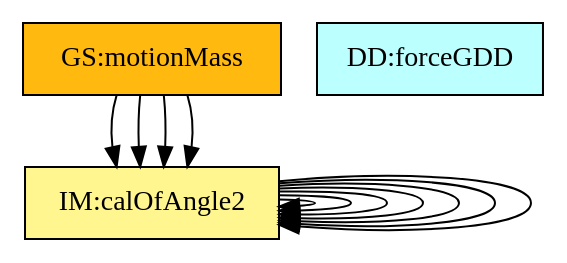
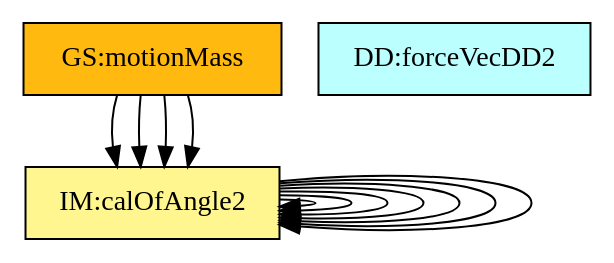
Before and after one commit to JacquesCarette/Drasil: the diagram in code/stable/dblpend/TraceyGraph/allvsall.dot, drawn with Graphviz. The commit also changed 16 other files, not shown here.

```diff
--- a/code/stable/dblpend/TraceyGraph/allvsall.dot
+++ b/code/stable/dblpend/TraceyGraph/allvsall.dot
@@ -1,86 +1,87 @@
 digraph allvsall {
 	theory:angleIM1 -> theory:angleIM2;
 	theory:angleIM2 -> theory:a_mv1;
 	theory:angleIM2 -> theory:a_mv2;
 	theory:angleIM2 -> theory:F_mv1;
 	theory:angleIM2 -> theory:F_mv2;
 	theory:angleIM2 -> theory:angleIM1;
 	theory:angleIM2 -> theory:angleIM2;
 	instance:calcAng -> theory:angleIM1;
 	instance:calcAng -> theory:angleIM2;
 	instance:outputValues -> theory:angleIM1;
 	instance:outputValues -> theory:angleIM2;
 
 
 	instance:twoDMotion	[shape=box, color=black, style=filled, fillcolor=mistyrose, label="A:twoDMotion"];
 	instance:cartSys	[shape=box, color=black, style=filled, fillcolor=mistyrose, label="A:cartSys"];
 	instance:cartSysR	[shape=box, color=black, style=filled, fillcolor=mistyrose, label="A:cartSysR"];
 	instance:yAxisDir	[shape=box, color=black, style=filled, fillcolor=mistyrose, label="A:yAxisDir"];
 
 	subgraph A {
 	rank="same"
 	{instance:twoDMotion, instance:cartSys, instance:cartSysR, instance:yAxisDir}
 	}
 
-	dataDefn:velocity	[shape=box, color=black, style=filled, fillcolor=paleturquoise1, label="DD:velocityGDD"];
-	dataDefn:p_x1	[shape=box, color=black, style=filled, fillcolor=paleturquoise1, label="DD:positionXDD1"];
-	dataDefn:p_y1	[shape=box, color=black, style=filled, fillcolor=paleturquoise1, label="DD:positionYDD1"];
-	dataDefn:p_x2	[shape=box, color=black, style=filled, fillcolor=paleturquoise1, label="DD:positionXDD2"];
-	dataDefn:p_y2	[shape=box, color=black, style=filled, fillcolor=paleturquoise1, label="DD:positionYDD2"];
-	dataDefn:acceleration	[shape=box, color=black, style=filled, fillcolor=paleturquoise1, label="DD:accelerationGDD"];
-	dataDefn:force	[shape=box, color=black, style=filled, fillcolor=paleturquoise1, label="DD:forceGDD"];
+	dataDefn:p_1	[shape=box, color=black, style=filled, fillcolor=paleturquoise1, label="DD:positionVecDD1"];
+	dataDefn:p_2	[shape=box, color=black, style=filled, fillcolor=paleturquoise1, label="DD:positionVecDD2"];
+	dataDefn:v_mv1	[shape=box, color=black, style=filled, fillcolor=paleturquoise1, label="DD:velocityVecDD1"];
+	dataDefn:v_mv2	[shape=box, color=black, style=filled, fillcolor=paleturquoise1, label="DD:velocityVecDD2"];
+	dataDefn:a_mv1	[shape=box, color=black, style=filled, fillcolor=paleturquoise1, label="DD:accelVecDD1"];
+	dataDefn:a_mv2	[shape=box, color=black, style=filled, fillcolor=paleturquoise1, label="DD:accelVecDD2"];
+	dataDefn:F_mv1	[shape=box, color=black, style=filled, fillcolor=paleturquoise1, label="DD:forceVecDD1"];
+	dataDefn:F_mv2	[shape=box, color=black, style=filled, fillcolor=paleturquoise1, label="DD:forceVecDD2"];
 
 	subgraph DD {
 	rank="same"
-	{dataDefn:velocity, dataDefn:p_x1, dataDefn:p_y1, dataDefn:p_x2, dataDefn:p_y2, dataDefn:acceleration, dataDefn:force}
+	{dataDefn:p_1, dataDefn:p_2, dataDefn:v_mv1, dataDefn:v_mv2, dataDefn:a_mv1, dataDefn:a_mv2, dataDefn:F_mv1, dataDefn:F_mv2}
 	}
 
 	theory:accelerationTM	[shape=box, color=black, style=filled, fillcolor=pink, label="TM:acceleration"];
 	theory:velocityTM	[shape=box, color=black, style=filled, fillcolor=pink, label="TM:velocity"];
 	theory:newtonSL	[shape=box, color=black, style=filled, fillcolor=pink, label="TM:NewtonSecLawMot"];
 
 	subgraph TM {
 	rank="same"
 	{theory:accelerationTM, theory:velocityTM, theory:newtonSL}
 	}
 
 	theory:v_mv1	[shape=box, color=black, style=filled, fillcolor=palegreen, label="GD:velocityVector1"];
 	theory:v_mv2	[shape=box, color=black, style=filled, fillcolor=palegreen, label="GD:velocityVector2"];
 	theory:a_mv1	[shape=box, color=black, style=filled, fillcolor=palegreen, label="GD:accelerationVector1"];
 	theory:a_mv2	[shape=box, color=black, style=filled, fillcolor=palegreen, label="GD:accelerationVector2"];
 	theory:F_mv1	[shape=box, color=black, style=filled, fillcolor=palegreen, label="GD:forceVector1"];
 	theory:F_mv2	[shape=box, color=black, style=filled, fillcolor=palegreen, label="GD:forceVector2"];
 
 	subgraph GD {
 	rank="same"
 	{theory:v_mv1, theory:v_mv2, theory:a_mv1, theory:a_mv2, theory:F_mv1, theory:F_mv2}
 	}
 
 	theory:angleIM1	[shape=box, color=black, style=filled, fillcolor=khaki1, label="IM:calOfAngle1"];
 	theory:angleIM2	[shape=box, color=black, style=filled, fillcolor=khaki1, label="IM:calOfAngle2"];
 
 	subgraph IM {
 	rank="same"
 	{theory:angleIM1, theory:angleIM2}
 	}
 
 	instance:correct	[shape=box, color=black, style=filled, fillcolor=ivory, label="NFR:correct"];
 	instance:portable	[shape=box, color=black, style=filled, fillcolor=ivory, label="NFR:portable"];
 	instance:inputValues	[shape=box, color=black, style=filled, fillcolor=ivory, label="FR:inputValues"];
 	instance:verifyInptVals	[shape=box, color=black, style=filled, fillcolor=ivory, label="FR:verifyInptVals"];
 	instance:calcAng	[shape=box, color=black, style=filled, fillcolor=ivory, label="FR:calcAng"];
 	instance:outputValues	[shape=box, color=black, style=filled, fillcolor=ivory, label="FR:outputValues"];
 
 	subgraph NFR {
 	rank="same"
 	{instance:correct, instance:portable, instance:inputValues, instance:verifyInptVals, instance:calcAng, instance:outputValues}
 	}
 
 	instance:motionMass	[shape=box, color=black, style=filled, fillcolor=darkgoldenrod1, label="GS:motionMass"];
 
 	subgraph GS {
 	rank="same"
 	{instance:motionMass}
 	}
 
 }
```
